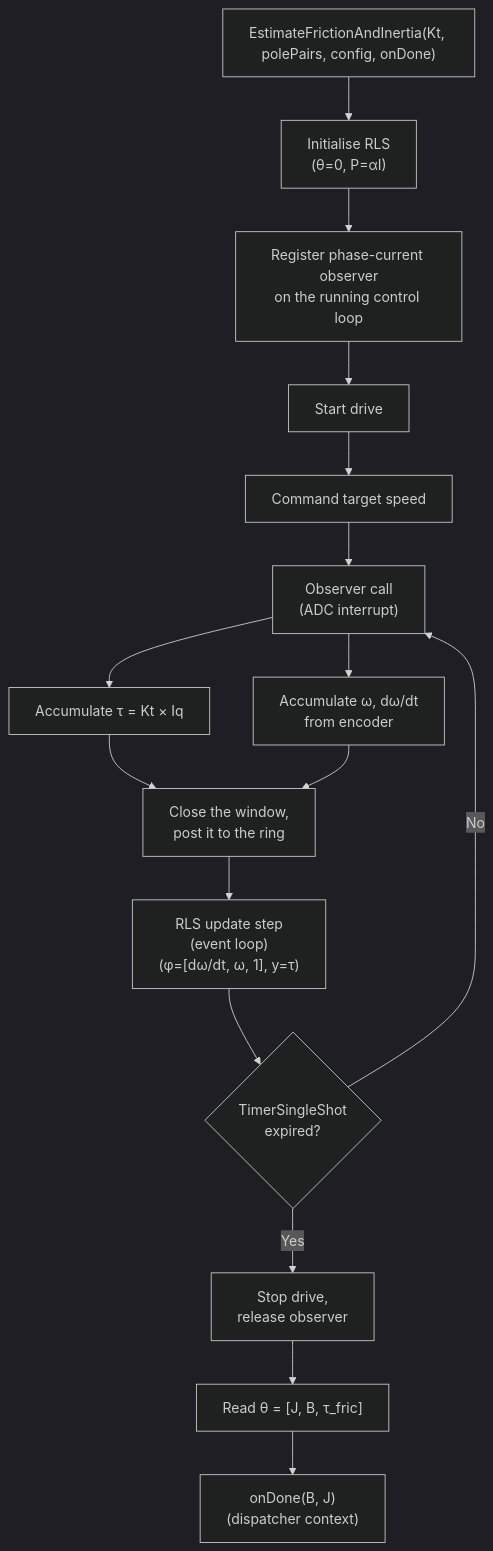
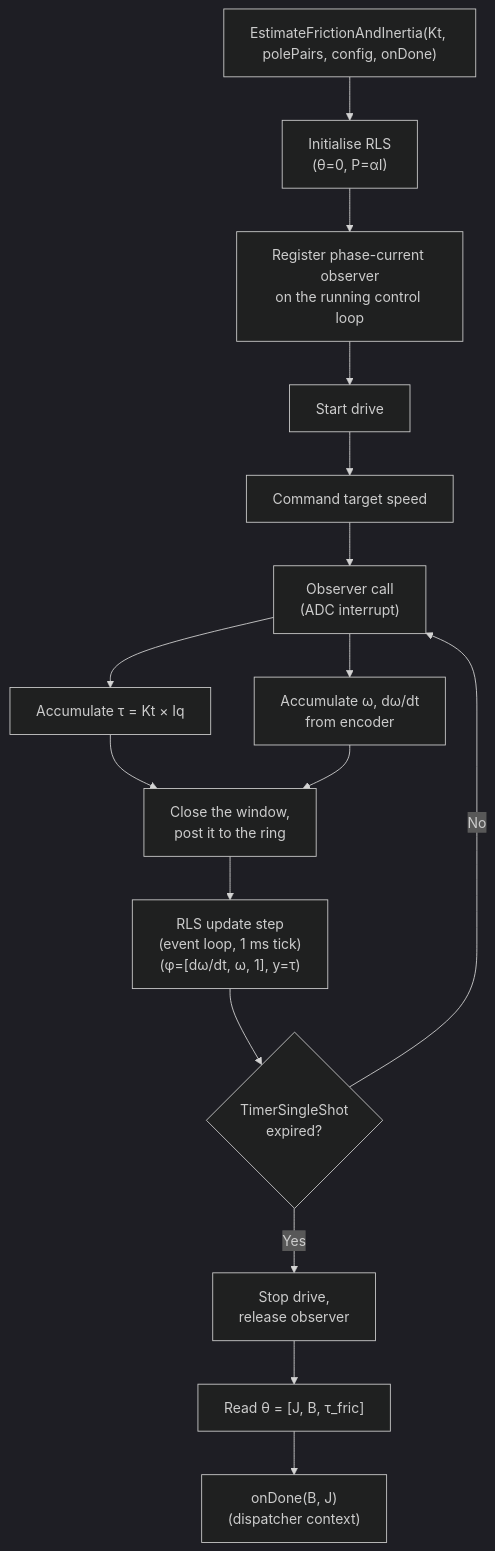
One commit to embedded-pro/e-foc changed the first of 2 diagrams in documentation/design/service-mechanical-ident.md. Above: the diagram before and after it, drawn with Mermaid (dark theme). The commit also changed other lines of this file and 5 other files, not shown here.

````diff
--- a/documentation/design/service-mechanical-ident.md
+++ b/documentation/design/service-mechanical-ident.md
@@ -302,18 +302,18 @@
 ```mermaid
 flowchart TD
     START["EstimateFrictionAndInertia(Kt, polePairs, config, onDone)"] --> INIT["Initialise RLS\n(θ=0, P=αI)"]
     INIT --> OBS["Register phase-current observer\non the running control loop"]
     OBS --> DRIVE["Start drive"]
     DRIVE --> CMD_SPEED["Command target speed"]
     CMD_SPEED --> CB["Observer call\n(ADC interrupt)"]
     CB --> TAU["Accumulate τ = Kt × Iq"]
     CB --> VEL["Accumulate ω, dω/dt\nfrom encoder"]
     TAU --> POST["Close the window,\npost it to the ring"]
     VEL --> POST
-    POST --> RLS["RLS update step\n(event loop)\n(φ=[dω/dt, ω, 1], y=τ)"]
+    POST --> RLS["RLS update step\n(event loop, 1 ms tick)\n(φ=[dω/dt, ω, 1], y=τ)"]
     RLS --> TIMEOUT{"TimerSingleShot\nexpired?"}
     TIMEOUT -->|No| CB
     TIMEOUT -->|Yes| REL["Stop drive,\nrelease observer"]
     REL --> REPORT["Read θ = [J, B, τ_fric]"]
     REPORT --> CB2["onDone(B, J)\n(dispatcher context)"]
 ```
````
